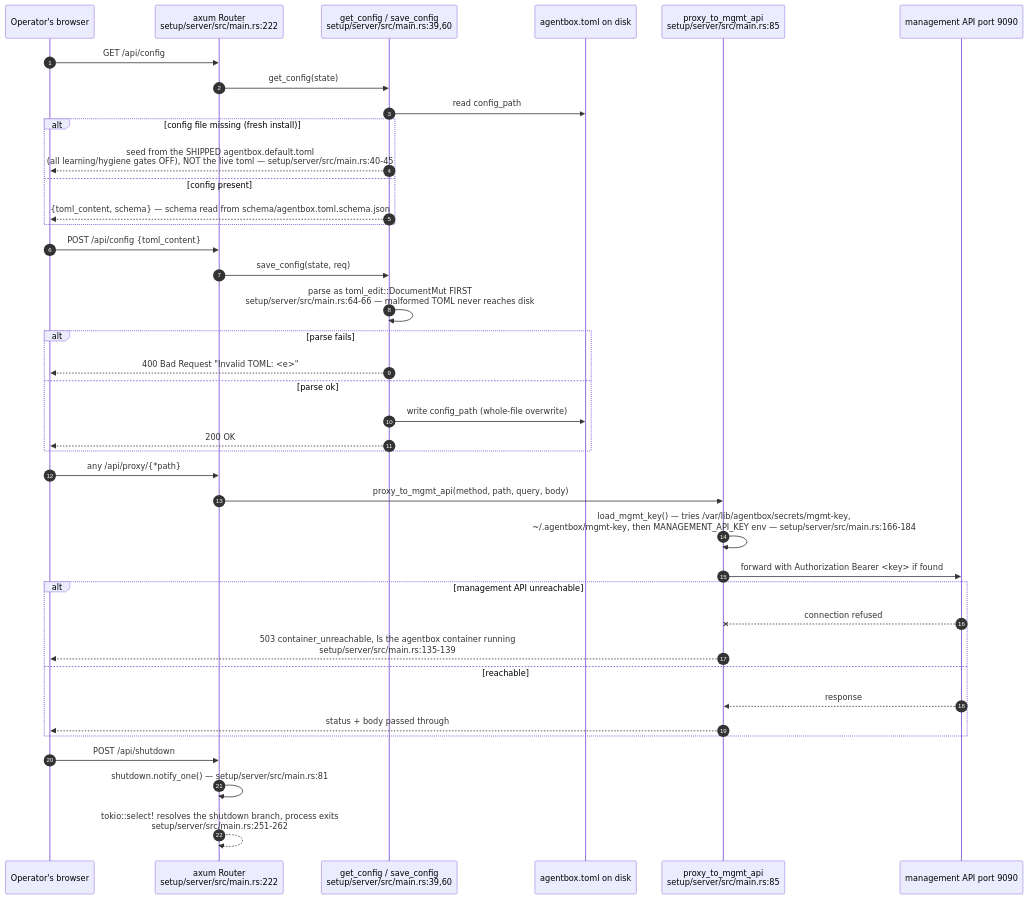
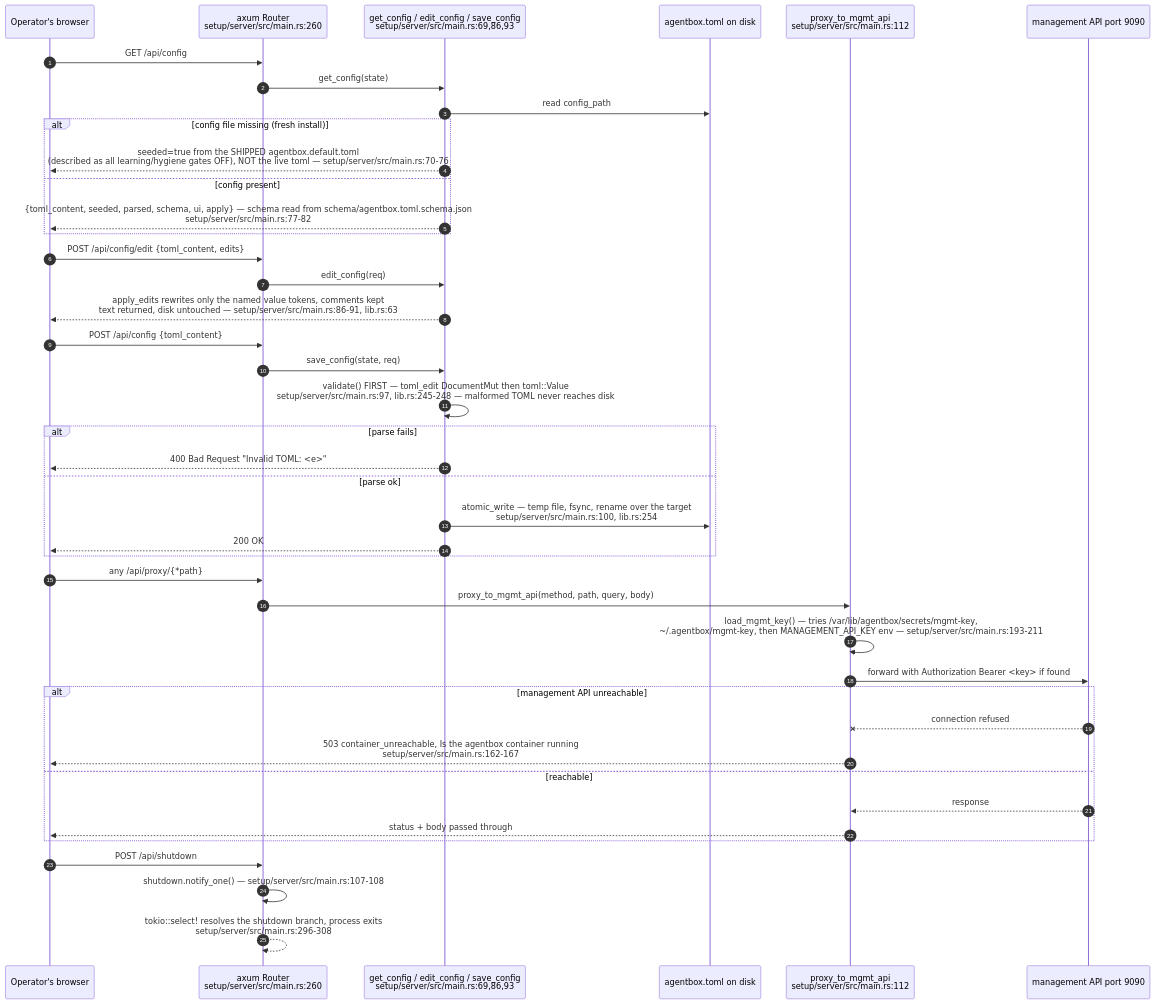
Before and after one commit to DreamLab-AI/VisionFlow: the second of 3 diagrams in docs/diagrams/agentbox/30-supporting-services-secret-backup-setup-https-bridge.md, drawn with Mermaid. The commit also changed other lines of this file and 160 other files, not shown here.

````diff
--- a/docs/diagrams/agentbox/30-supporting-services-secret-backup-setup-https-bridge.md
+++ b/docs/diagrams/agentbox/30-supporting-services-secret-backup-setup-https-bridge.md
@@ -49,42 +52,45 @@
 ```mermaid
 sequenceDiagram
     autonumber
     participant OP as Operator's browser
-    participant AX as axum Router<br/>setup/server/src/main.rs:222
-    participant CFG as get_config / save_config<br/>setup/server/src/main.rs:39,60
+    participant AX as axum Router<br/>setup/server/src/main.rs:260
+    participant CFG as get_config / edit_config / save_config<br/>setup/server/src/main.rs:69,86,93
     participant DISK as agentbox.toml on disk
-    participant PROXY as proxy_to_mgmt_api<br/>setup/server/src/main.rs:85
+    participant PROXY as proxy_to_mgmt_api<br/>setup/server/src/main.rs:112
     participant MGMT as management API port 9090
 
     OP->>AX: GET /api/config
     AX->>CFG: get_config(state)
     CFG->>DISK: read config_path
     alt config file missing (fresh install)
-        CFG-->>OP: seed from the SHIPPED agentbox.default.toml<br/>#40;all learning/hygiene gates OFF#41;, NOT the live toml — setup/server/src/main.rs:40-45
+        CFG-->>OP: seeded=true from the SHIPPED agentbox.default.toml<br/>#40;described as all learning/hygiene gates OFF#41;, NOT the live toml — setup/server/src/main.rs:70-76
     else config present
-        CFG-->>OP: {toml_content, schema} — schema read from schema/agentbox.toml.schema.json
+        CFG-->>OP: {toml_content, seeded, parsed, schema, ui, apply} — schema read from schema/agentbox.toml.schema.json<br/>setup/server/src/main.rs:77-82
     end
+    OP->>AX: POST /api/config/edit {toml_content, edits}
+    AX->>CFG: edit_config(req)
+    CFG-->>OP: apply_edits rewrites only the named value tokens, comments kept<br/>text returned, disk untouched — setup/server/src/main.rs:86-91, lib.rs:63
     OP->>AX: POST /api/config {toml_content}
     AX->>CFG: save_config(state, req)
-    CFG->>CFG: parse as toml_edit::DocumentMut FIRST<br/>setup/server/src/main.rs:64-66 — malformed TOML never reaches disk
+    CFG->>CFG: validate#40;#41; FIRST — toml_edit DocumentMut then toml::Value<br/>setup/server/src/main.rs:97, lib.rs:245-248 — malformed TOML never reaches disk
     alt parse fails
         CFG-->>OP: 400 Bad Request "Invalid TOML: <e>"
     else parse ok
-        CFG->>DISK: write config_path (whole-file overwrite)
+        CFG->>DISK: atomic_write — temp file, fsync, rename over the target<br/>setup/server/src/main.rs:100, lib.rs:254
         CFG-->>OP: 200 OK
     end
     OP->>AX: any /api/proxy/{*path}
     AX->>PROXY: proxy_to_mgmt_api(method, path, query, body)
-    PROXY->>PROXY: load_mgmt_key#40;#41; — tries /var/lib/agentbox/secrets/mgmt-key,<br/>~/.agentbox/mgmt-key, then MANAGEMENT_API_KEY env — setup/server/src/main.rs:166-184
+    PROXY->>PROXY: load_mgmt_key#40;#41; — tries /var/lib/agentbox/secrets/mgmt-key,<br/>~/.agentbox/mgmt-key, then MANAGEMENT_API_KEY env — setup/server/src/main.rs:193-211
     PROXY->>MGMT: forward with Authorization Bearer <key> if found
     alt management API unreachable
         MGMT--xPROXY: connection refused
-        PROXY-->>OP: 503 container_unreachable, Is the agentbox container running<br/>setup/server/src/main.rs:135-139
+        PROXY-->>OP: 503 container_unreachable, Is the agentbox container running<br/>setup/server/src/main.rs:162-167
     else reachable
         MGMT-->>PROXY: response
         PROXY-->>OP: status + body passed through
     end
     OP->>AX: POST /api/shutdown
-    AX->>AX: shutdown.notify_one#40;#41; — setup/server/src/main.rs:81
-    AX-->>AX: tokio::select! resolves the shutdown branch, process exits<br/>setup/server/src/main.rs:251-262
+    AX->>AX: shutdown.notify_one#40;#41; — setup/server/src/main.rs:107-108
+    AX-->>AX: tokio::select! resolves the shutdown branch, process exits<br/>setup/server/src/main.rs:296-308
 ```
````
